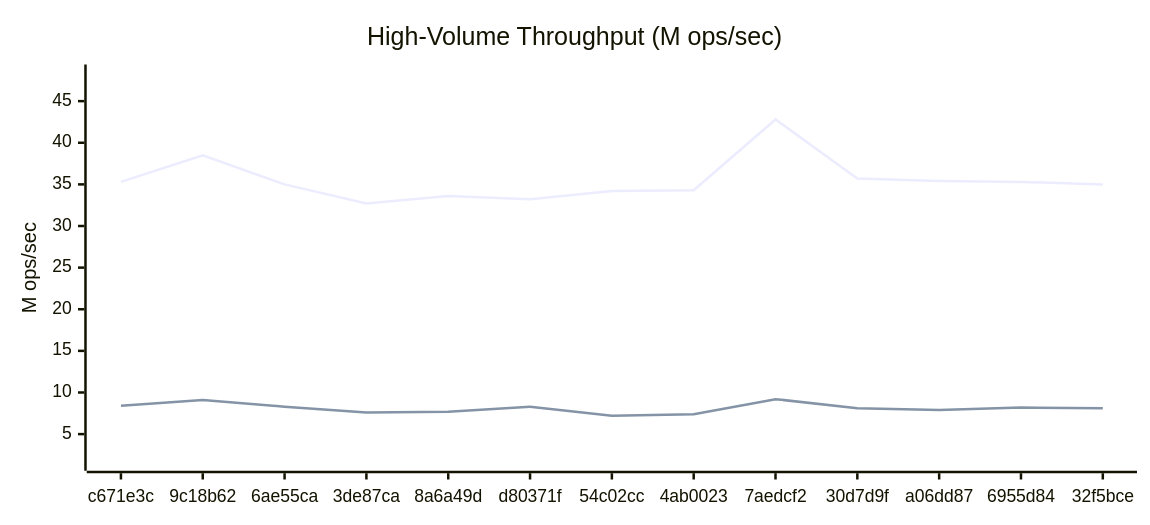
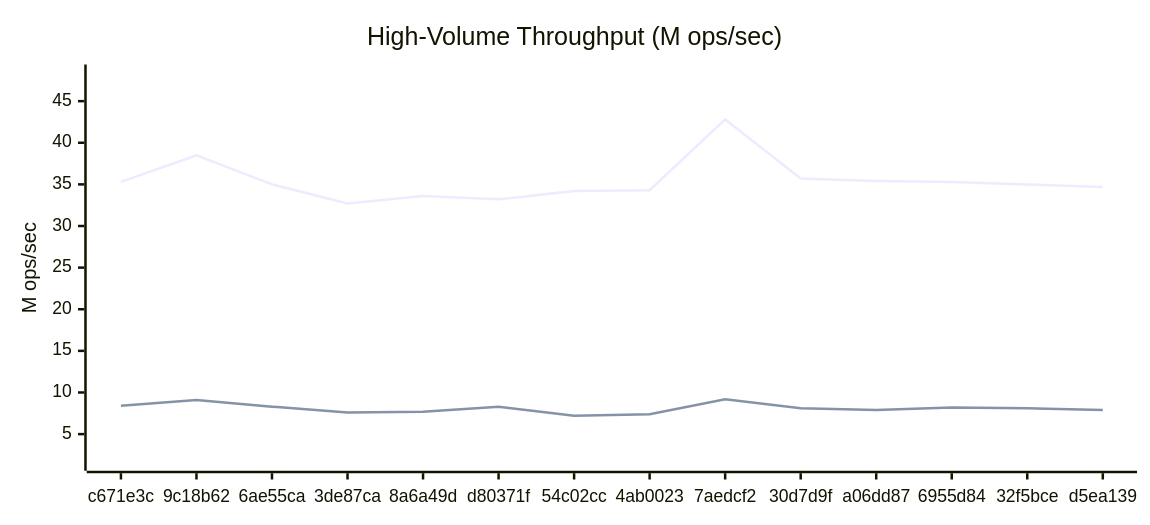
Before and after one commit to Ikolvi/titan: the fifth of 6 diagrams in docs/BENCHMARKS.md, drawn with Mermaid. The commit also changed other lines of this file, not shown here.

````diff
--- a/docs/BENCHMARKS.md
+++ b/docs/BENCHMARKS.md
@@ -175,15 +176,15 @@
 ```mermaid
 ---
 config:
     xyChart:
         width: 900
         height: 400
         plotColorPalette: "#4e79a7, #f28e2c, #e15759, #76b7b2, #59a14f, #edc949"
 ---
 xychart-beta
     title "High-Volume Throughput (M ops/sec)"
-    x-axis ["c671e3c", "9c18b62", "6ae55ca", "3de87ca", "8a6a49d", "d80371f", "54c02cc", "4ab0023", "7aedcf2", "30d7d9f", "a06dd87", "6955d84", "32f5bce"]
+    x-axis ["c671e3c", "9c18b62", "6ae55ca", "3de87ca", "8a6a49d", "d80371f", "54c02cc", "4ab0023", "7aedcf2", "30d7d9f", "a06dd87", "6955d84", "32f5bce", "d5ea139"]
     y-axis "M ops/sec" 1.8 --> 48.2
-    line [35.3, 38.5, 35.0, 32.7, 33.6, 33.2, 34.2, 34.3, 42.8, 35.7, 35.4, 35.3, 35.0]
-    line [8.4, 9.1, 8.3, 7.6, 7.7, 8.3, 7.2, 7.4, 9.2, 8.1, 7.9, 8.2, 8.1]
+    line [35.3, 38.5, 35.0, 32.7, 33.6, 33.2, 34.2, 34.3, 42.8, 35.7, 35.4, 35.3, 35.0, 34.7]
+    line [8.4, 9.1, 8.3, 7.6, 7.7, 8.3, 7.2, 7.4, 9.2, 8.1, 7.9, 8.2, 8.1, 7.9]
 ```
````
